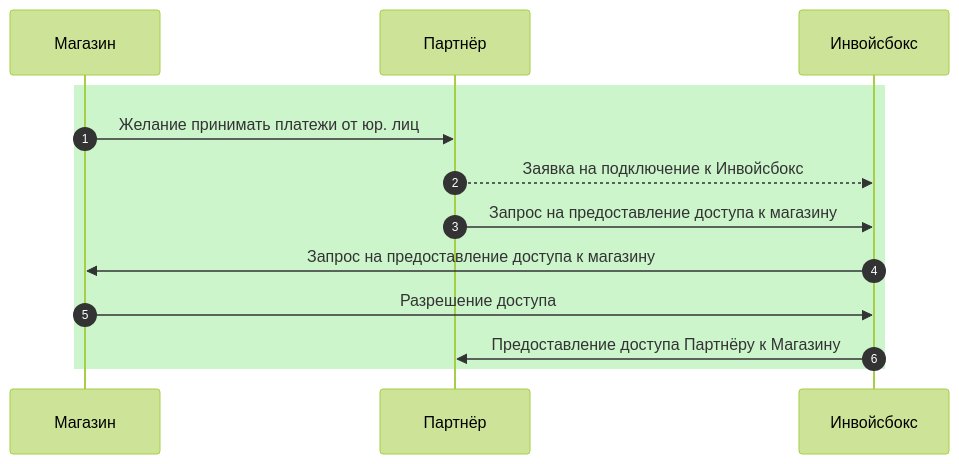
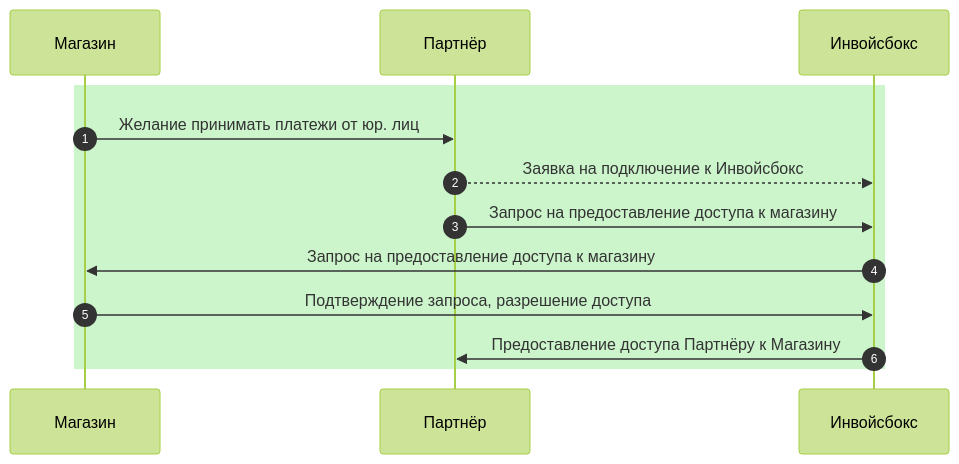
Before and after one commit to YIGRIKY/invoicebox-docs: the diagram in docs/partner/payment-service-provider.md, drawn with Mermaid (forest theme).

Commit message:
Small fixes

```diff
--- a/docs/partner/payment-service-provider.md
+++ b/docs/partner/payment-service-provider.md
@@ -20,15 +20,15 @@
 <div class="mermaid">
 sequenceDiagram
     autonumber
     participant Магазин
     participant Партнёр
     participant Инвойсбокс
     rect rgb(204, 245, 204)
         Магазин->>Партнёр: Желание принимать платежи от юр. лиц
         Партнёр-->>Инвойсбокс: Заявка на подключение к Инвойсбокс
         Партнёр->>Инвойсбокс: Запрос на предоставление доступа к магазину
         Инвойсбокс->>Магазин: Запрос на предоставление доступа к магазину
-        Магазин->>Инвойсбокс: Разрешение доступа
+        Магазин->>Инвойсбокс: Подтверждение запроса, разрешение доступа
         Инвойсбокс->>Партнёр: Предоставление доступа Партнёру к Магазину
     end
 </div>
```
